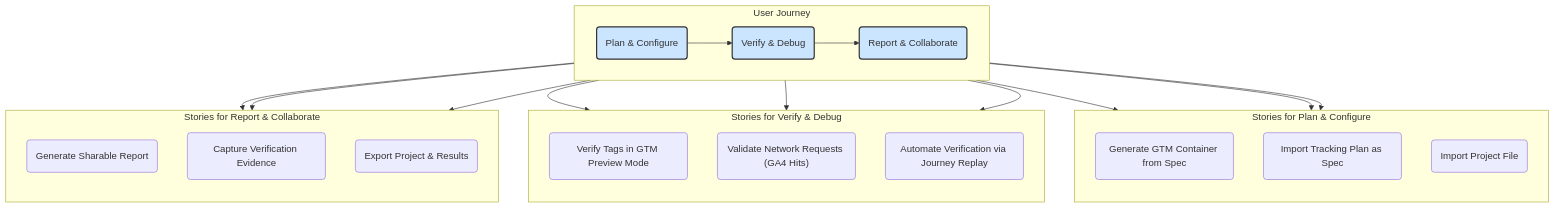
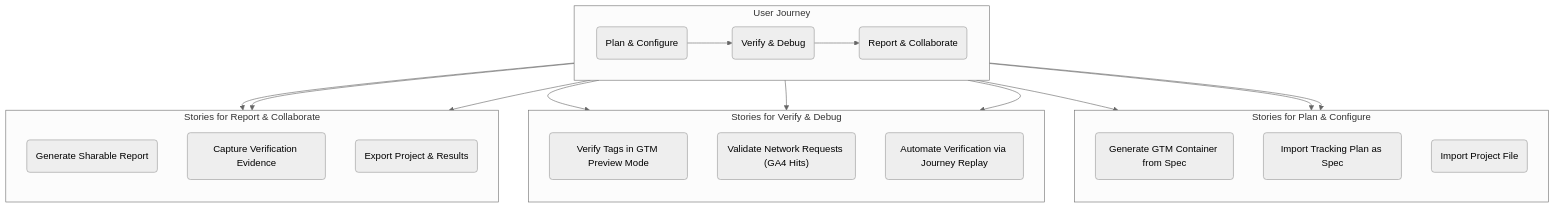
One commit to WodenWang820118/tag-check changed the diagram in README.md. Above: the diagram before and after it, drawn with Mermaid. The commit also changed other lines of this file and 1 other file, not shown here.

````diff
--- a/README.md
+++ b/README.md
@@ -70,32 +71,29 @@
 ```mermaid
+%%{init: {'theme': 'neutral'}}%%
 graph TD
     subgraph A [User Journey]
         direction LR
         B(Plan & Configure) --> C(Verify & Debug) --> D(Report & Collaborate)
     end
 
     subgraph Stories_Plan [Stories for Plan & Configure]
         direction TB
         B --> P1("Generate GTM Container from Spec")
         B --> P2("Import Tracking Plan as Spec")
         B --> P3("Import Project File")
     end
 
     subgraph Stories_Verify [Stories for Verify & Debug]
         direction TB
         C --> V1("Verify Tags in GTM Preview Mode")
         C --> V2("Validate Network Requests (GA4 Hits)")
         C --> V3("Automate Verification via Journey Replay")
     end
 
     subgraph Stories_Report [Stories for Report & Collaborate]
         direction TB
         D --> R1("Generate Sharable Report")
         D --> R2("Capture Verification Evidence")
         D --> R3("Export Project & Results")
     end
-
-    style B fill:#cce5ff,stroke:#333,stroke-width:2px
-    style C fill:#cce5ff,stroke:#333,stroke-width:2px
-    style D fill:#cce5ff,stroke:#333,stroke-width:2px
 ```
````
